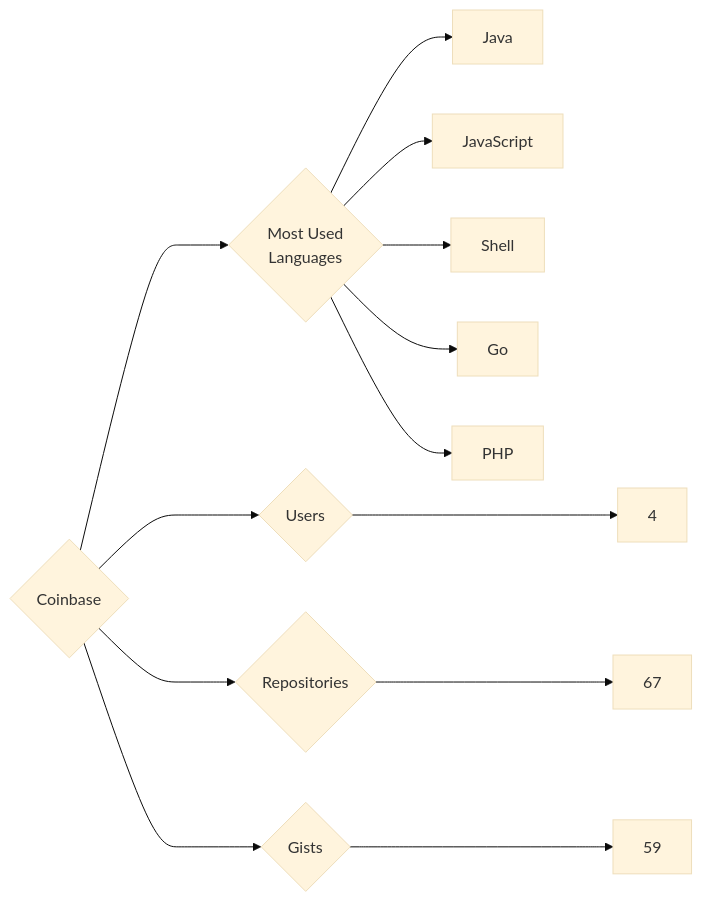
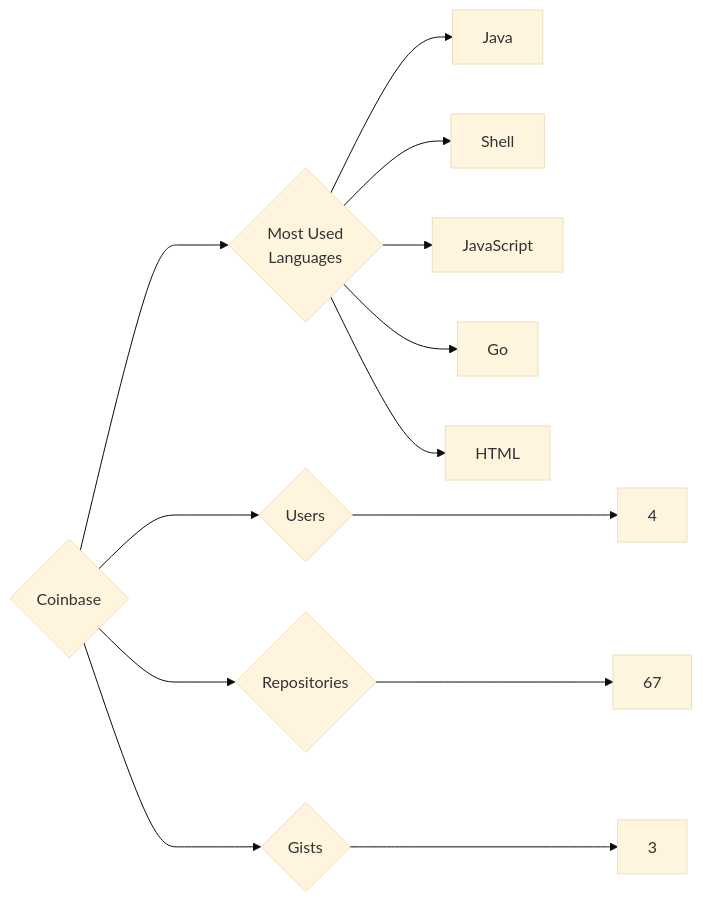
One commit to trickest/insiders changed the diagram in targets/Coinbase/README.md. Above: the diagram before and after it, drawn with Mermaid (base theme). The commit also changed 1167 other files, not shown here.

````diff
--- a/targets/Coinbase/README.md
+++ b/targets/Coinbase/README.md
@@ -3,13 +3,13 @@
 ```mermaid
 graph LR
 COMPANY_NAME{Coinbase}
 COMPANY_NAME ---> U{Users} ---> UN[4]
 COMPANY_NAME ---> R{Repositories} ---> RN[67]
-COMPANY_NAME ---> G{Gists} ---> GN[59]
+COMPANY_NAME ---> G{Gists} ---> GN[3]
 COMPANY_NAME ---> ML{Most Used<br>Languages}
 ML --> Java[Java]
+ML --> Shell[Shell]
 ML --> JavaScript[JavaScript]
-ML --> Shell[Shell]
 ML --> Go[Go]
-ML --> PHP[PHP]
+ML --> HTML[HTML]
 ```
````
